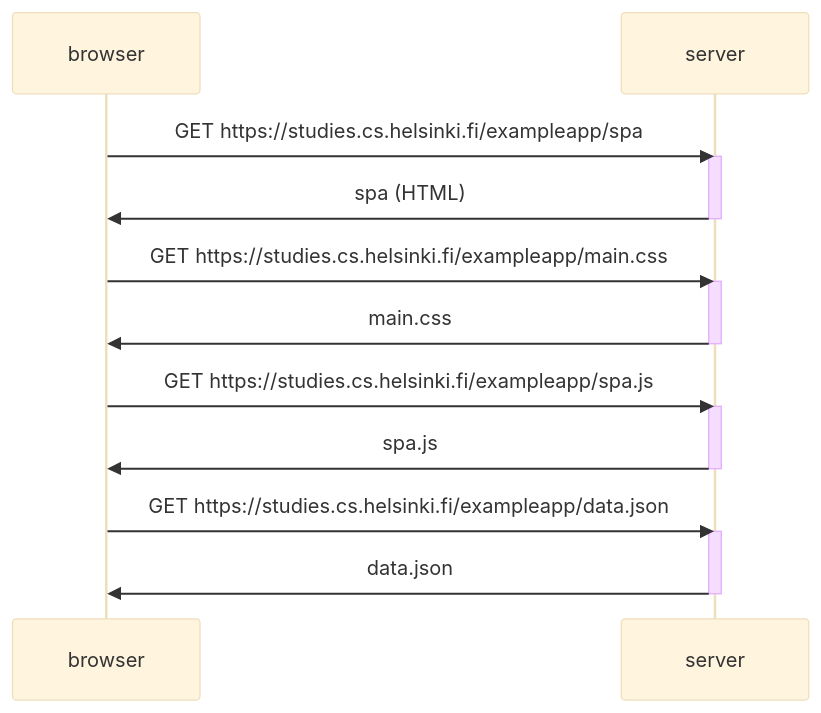
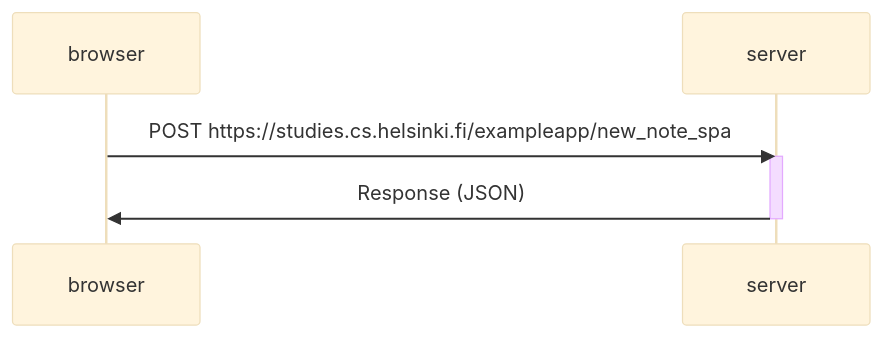
Before and after one commit to AaroSaila/fullstack_open: the diagram in osa0/0_6/sequence_diagram.md, drawn with Mermaid (base theme).

````diff
--- a/osa0/0_6/sequence_diagram.md
+++ b/osa0/0_6/sequence_diagram.md
@@ -1,25 +1,10 @@
 ```mermaid
 sequenceDiagram
     participant browser
     participant server
 
-    browser ->> server: GET https://studies.cs.helsinki.fi/exampleapp/spa
+    browser ->> server: POST https://studies.cs.helsinki.fi/exampleapp/new_note_spa
     activate server
-    server ->> browser: spa (HTML)
-    deactivate server
-
-    browser ->> server: GET https://studies.cs.helsinki.fi/exampleapp/main.css
-    activate server
-    server ->> browser: main.css
-    deactivate server
-
-    browser ->> server: GET https://studies.cs.helsinki.fi/exampleapp/spa.js
-    activate server
-    server ->> browser: spa.js
-    deactivate server
-
-    browser ->> server: GET https://studies.cs.helsinki.fi/exampleapp/data.json
-    activate server
-    server ->> browser: data.json
+    server ->> browser: Response (JSON)
     deactivate server
 ```
````
